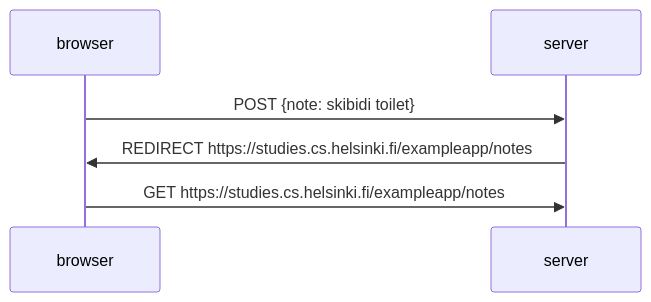
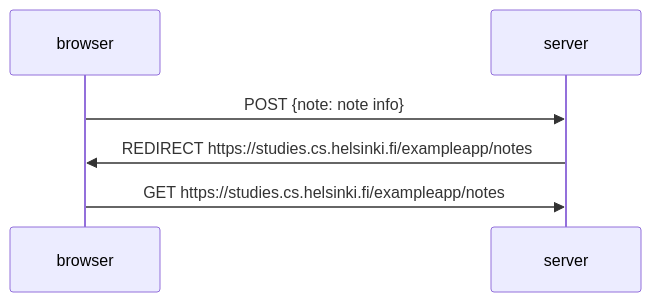
One commit to huzaifa316/full-stack-open changed the diagram in part0/0.4_newNote.md. Above: the diagram before and after it, drawn with Mermaid.

````diff
--- a/part0/0.4_newNote.md
+++ b/part0/0.4_newNote.md
@@ -1,9 +1,9 @@
 ```mermaid
 sequenceDiagram
     participant browser
     participant server
 
-    browser ->> server: POST {note: skibidi toilet}
+    browser ->> server: POST {note: note info}
     server ->> browser: REDIRECT https://studies.cs.helsinki.fi/exampleapp/notes
     browser ->> server: GET https://studies.cs.helsinki.fi/exampleapp/notes
 ```
````
